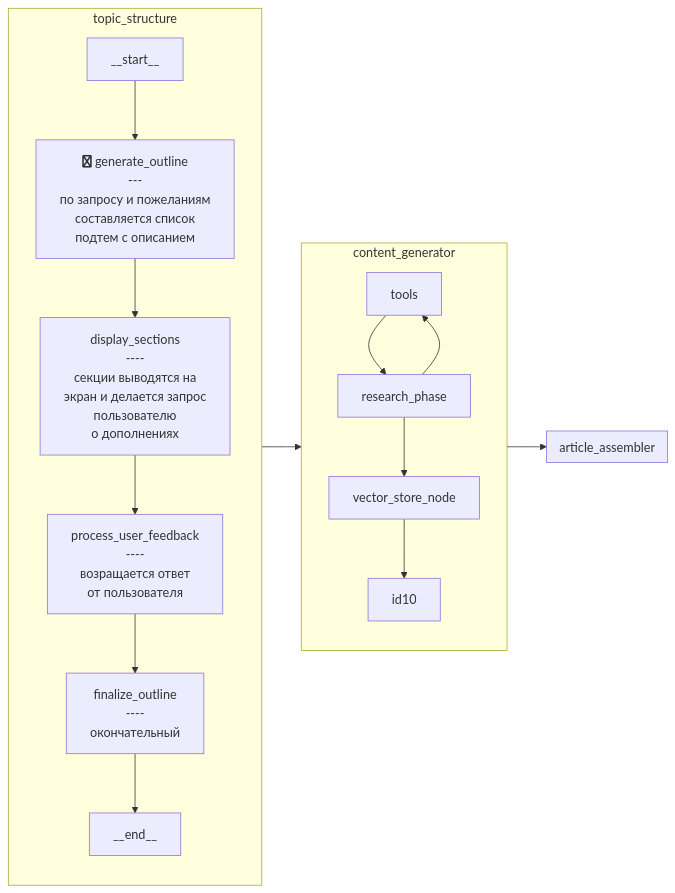
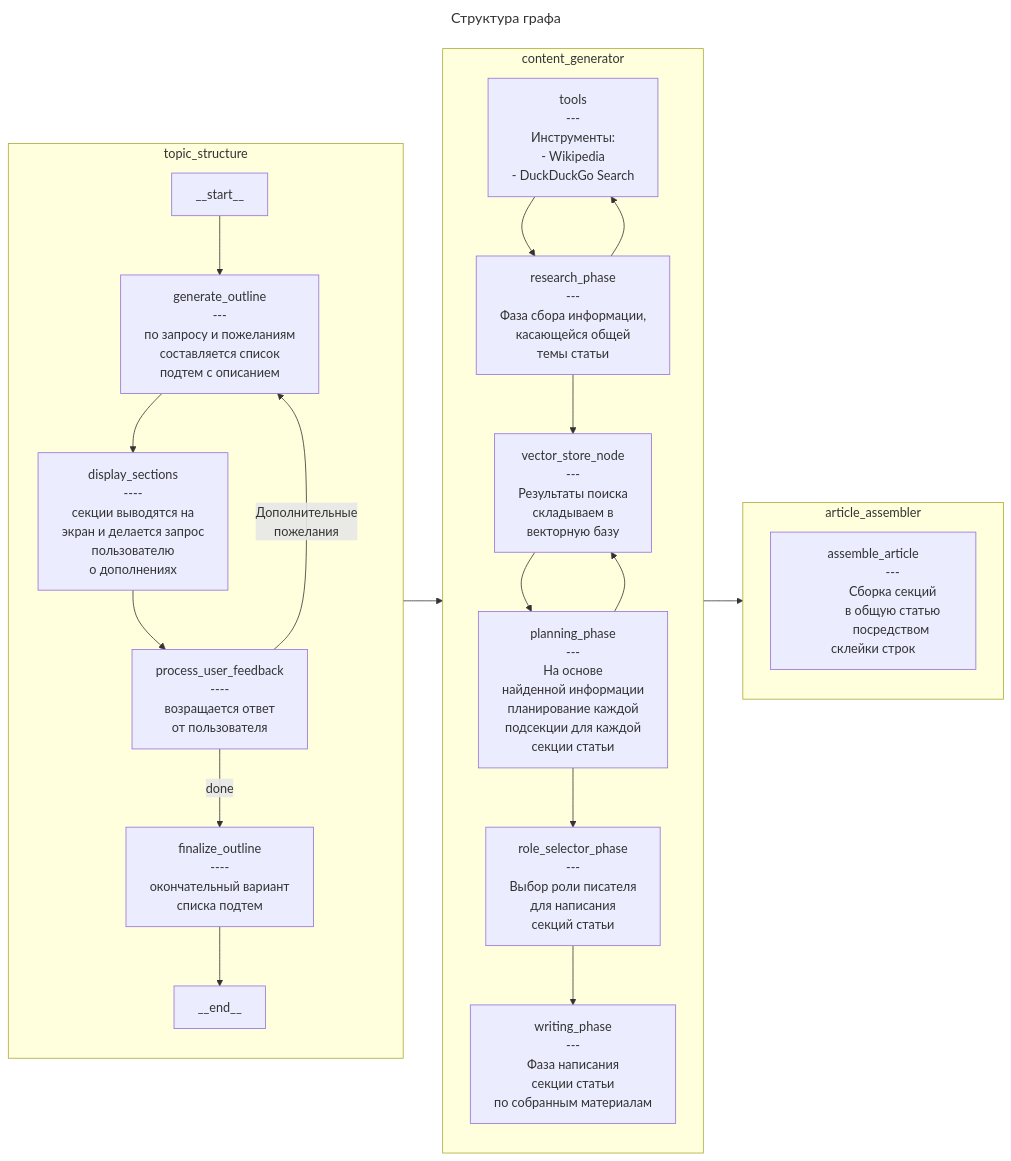
Before and after one commit to VladMerk/outlines: the diagram in README.md, drawn with Mermaid. The commit also changed other lines of this file and 5 other files, not shown here.

````diff
--- a/README.md
+++ b/README.md
@@ -50,39 +2,82 @@
 ```mermaid
+---
+title: Структура графа
+---
 %%{init: {'loglevel': 'debug', 'theme': 'forest}}%%
 graph LR
     subgraph topic_structure
         direction TB
-        id1[__start__] --> id2["fa:fa-twitter generate_outline"
+        id1[__start__] --> id2["generate_outline"
                                 ---
                                 по запросу и пожеланиям
                                 составляется список
                                 подтем с описанием]
         id2 --> id3[display_sections
                     ----
                     секции выводятся на
                     экран и делается запрос
                     пользователю
                     о дополнениях]
+
         id3 --> id4[process_user_feedback
                     ----
                     возращается ответ
                     от пользователя]
-        id4 --> id5[finalize_outline
+
+        id4 -->|Дополнительные
+                пожелания| id2
+
+        id4 -->|done| id5[finalize_outline
                     ----
-                    окончательный]
+                    окончательный вариант
+                     списка подтем]
         id5 --> id6[__end__]
     end
     subgraph content_generator
         direction TB
-        id7[tools] --> id8[research_phase]
+        id7[tools
+            ---
+            Инструменты:
+            - Wikipedia
+            - DuckDuckGo Search] --> id8[research_phase
+                                        ---
+                                        Фаза сбора информации,
+                                        касающейся общей
+                                        темы статьи]
         id8 --> id7
-        id8 --> id9[vector_store_node]
-        id9 --> id10
+        id8 --> id9[vector_store_node
+                    ---
+                    Результаты поиска
+                    складываем в
+                    векторную базу]
+        id9 --> id10[planning_phase
+                    ---
+                    На основе
+                    найденной информации
+                    планирование каждой
+                    подсекции для каждой
+                    секции статьи]
+        id10 --> id9
+        id10 --> id11[role_selector_phase
+                    ---
+                    Выбор роли писателя
+                    для написания
+                    секций статьи]
+        id11 --> id12[writing_phase
+                    ---
+                    Фаза написания
+                    секции статьи
+                    по собранным материалам]
 
     end
     subgraph article_assembler
         direction TB
+        id13[assemble_article
+            ---
+            Сборка секций
+            в общую статью
+            посредством склейки строк]
     end
     topic_structure --> content_generator
     content_generator --> article_assembler
 ```
````
